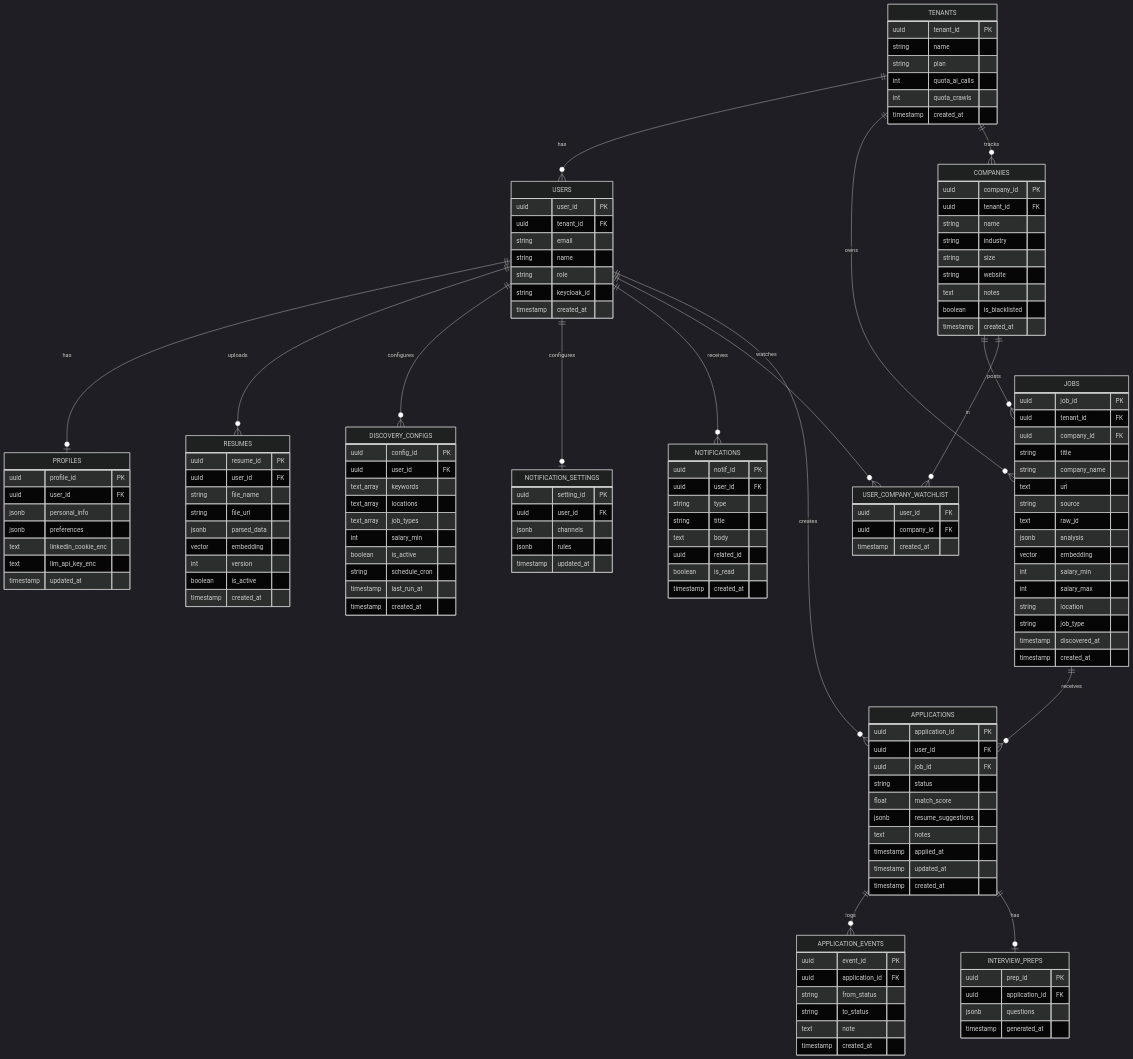
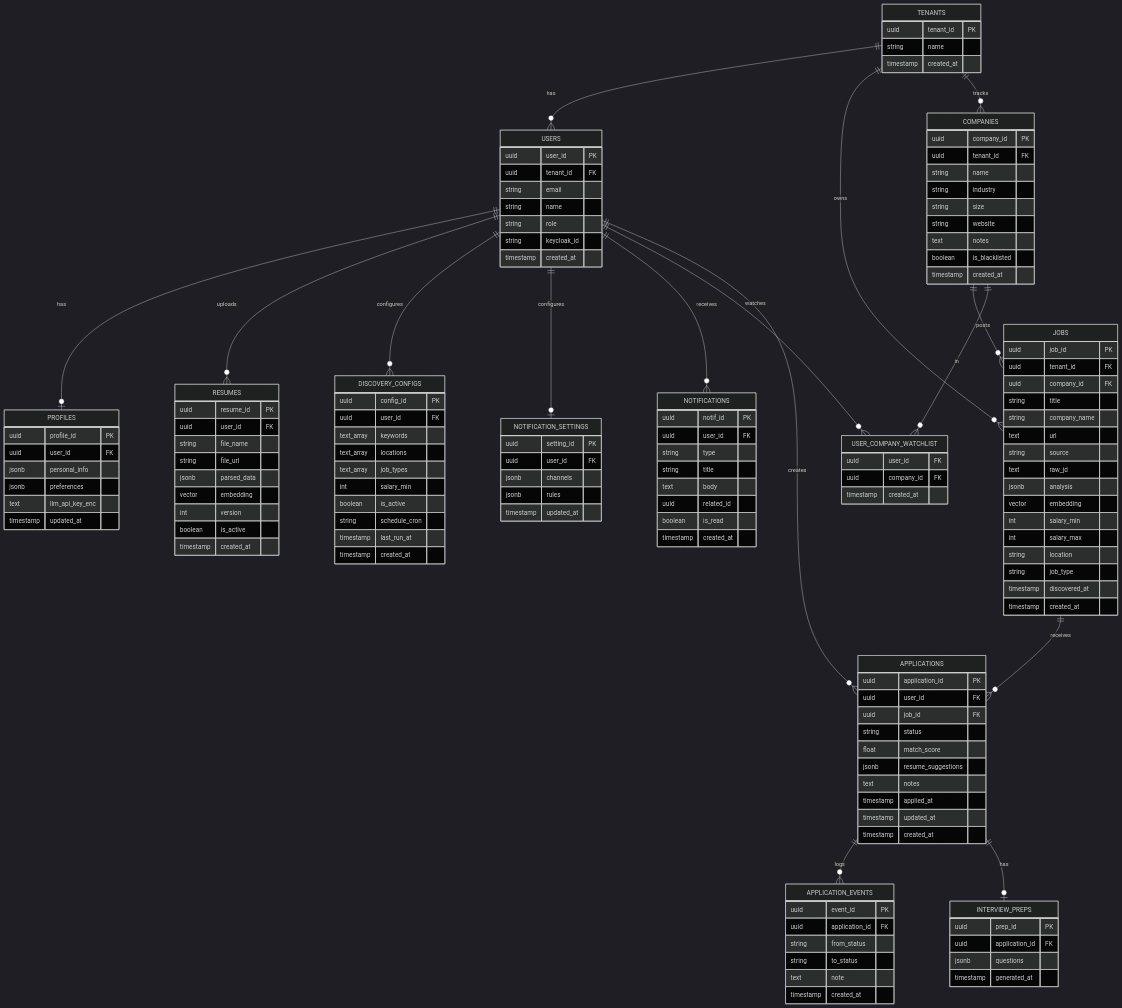
Before and after one commit to shangxiang0907/JobCopilot: diagram 11 of 13 in docs/SAD.md, drawn with Mermaid (dark theme). The commit also changed other lines of this file and 3 other files, not shown here.

```diff
--- a/docs/SAD.md
+++ b/docs/SAD.md
@@ -405,9 +406,6 @@
     TENANTS {
         uuid tenant_id PK
         string name
-        string plan
-        int quota_ai_calls
-        int quota_crawls
         timestamp created_at
     }
 
@@ -426,7 +424,6 @@
         uuid user_id FK
         jsonb personal_info
         jsonb preferences
-        text linkedin_cookie_enc
         text llm_api_key_enc
         timestamp updated_at
     }
```
